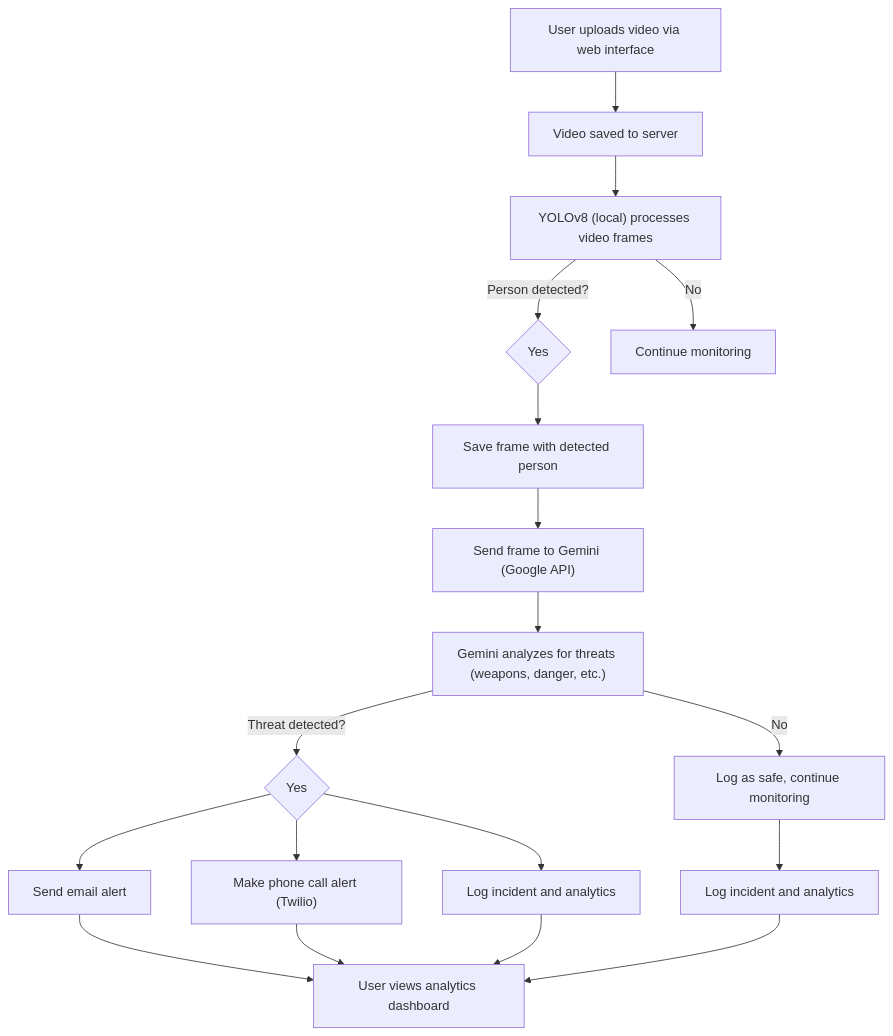
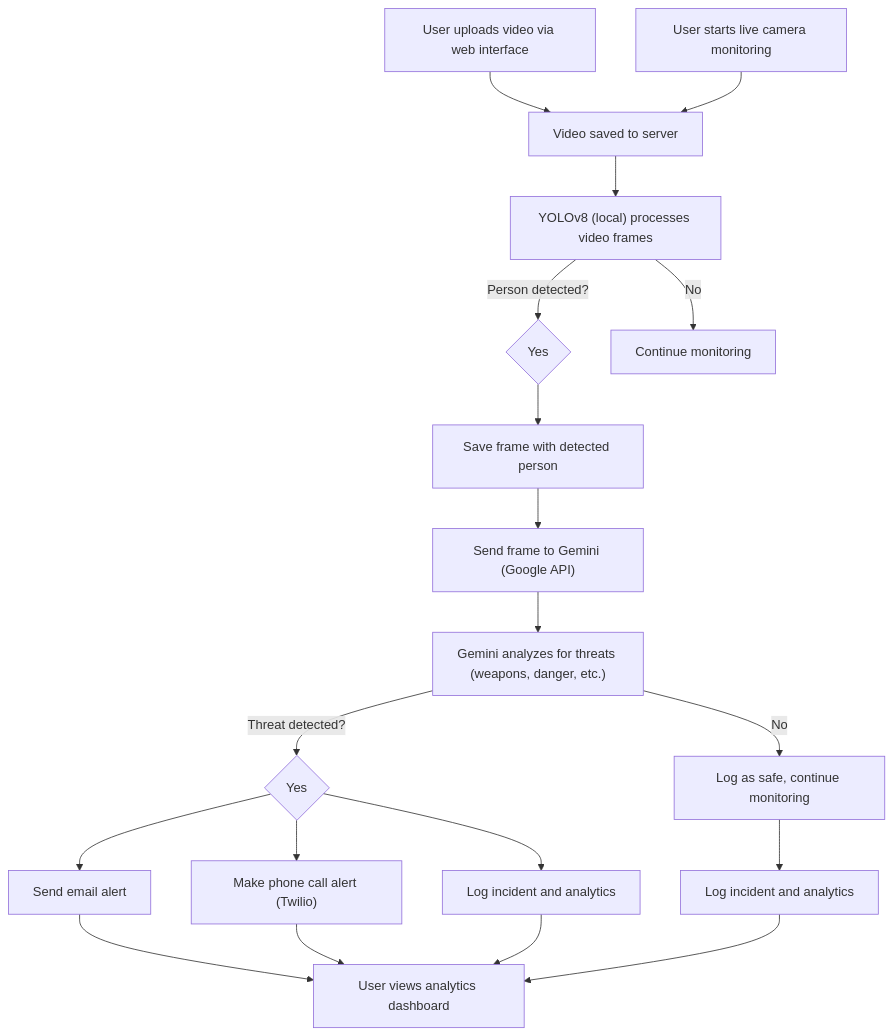
Before and after one commit to souma9830/HawkEye: the diagram in README.md, drawn with Mermaid. The commit also changed other lines of this file and 9 other files, not shown here.

````diff
--- a/README.md
+++ b/README.md
@@ -61,21 +74,22 @@
 ```mermaid
 flowchart TD
-    A["User uploads video via web interface"] --> B["Video saved to server"]
+    A1["User uploads video via web interface"] --> B["Video saved to server"]
+    A2["User starts live camera monitoring"] --> B
     B --> C["YOLOv8 (local) processes video frames"]
     C -->|"Person detected?"| D{Yes}
     C -->|"No"| E["Continue monitoring"]
     D --> F["Save frame with detected person"]
     F --> G["Send frame to Gemini (Google API)"]
     G --> H["Gemini analyzes for threats (weapons, danger, etc.)"]
     H -->|"Threat detected?"| I{Yes}
     H -->|"No"| J["Log as safe, continue monitoring"]
     I --> K["Send email alert"]
     I --> L["Make phone call alert (Twilio)"]
     I --> M["Log incident and analytics"]
     J --> N["Log incident and analytics"]
     K --> O["Analytics dashboard updated"]
     L --> O
     M --> O
     N --> O
     O["User views analytics dashboard"]
 ```
````
